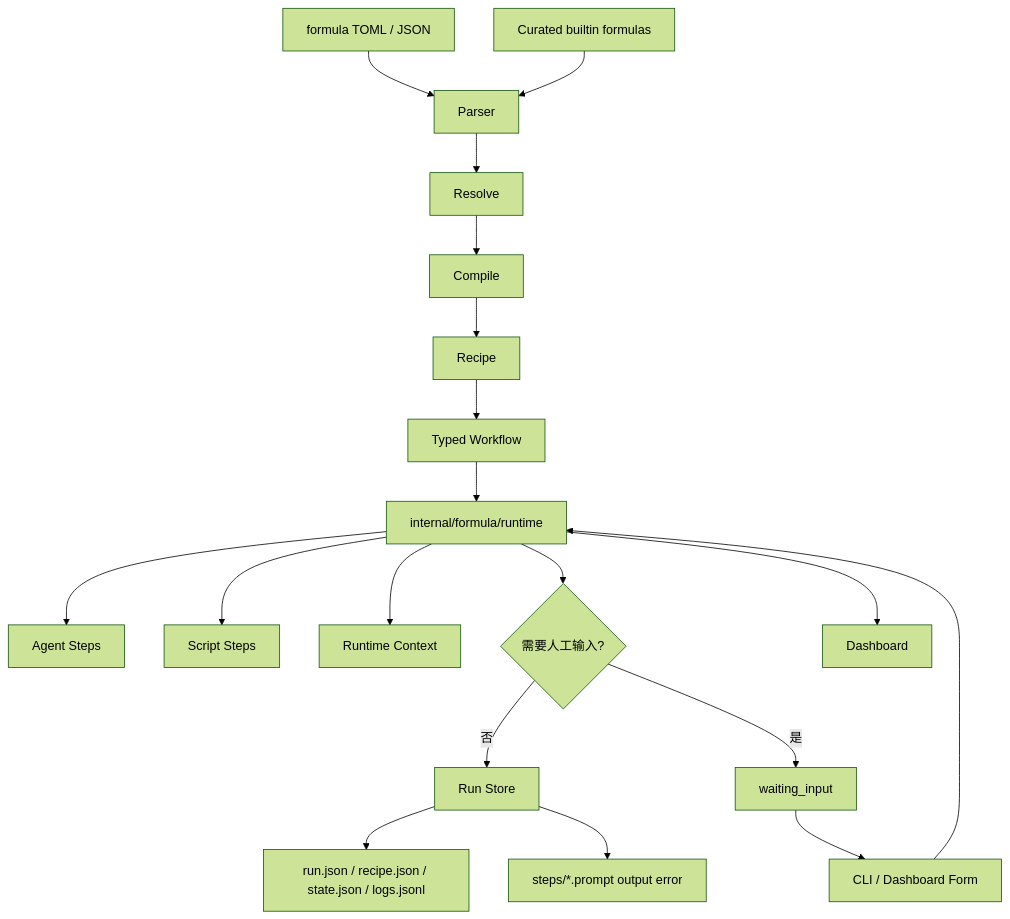
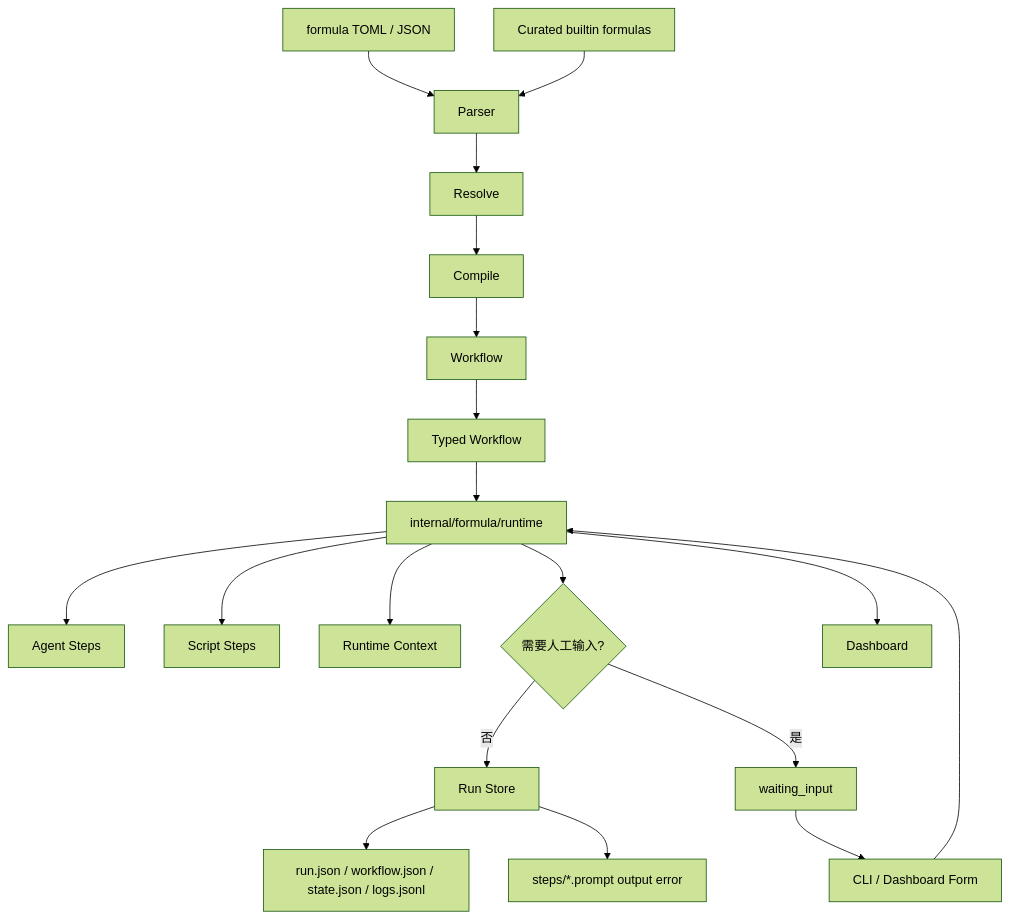
Before and after one commit to sjzsdu/tt: the first of 8 diagrams in ai-docs/formula-system.md, drawn with Mermaid (forest theme). The commit also changed other lines of this file and 19 other files, not shown here.

````diff
--- a/ai-docs/formula-system.md
+++ b/ai-docs/formula-system.md
@@ -13,21 +13,21 @@
 ```mermaid
 flowchart TD
     A[formula TOML / JSON] --> B[Parser]
     A0[Curated builtin formulas] --> B
     B --> C[Resolve]
     C --> D[Compile]
-    D --> E[Recipe]
+    D --> E[Workflow]
     E --> W[Typed Workflow]
     W --> F[internal/formula/runtime]
     F --> G[Agent Steps]
     F --> H[Script Steps]
     F --> I[Runtime Context]
     F --> X{需要人工输入?}
     X -->|否| J[Run Store]
     X -->|是| Y[waiting_input]
     Y --> Z[CLI / Dashboard Form]
     Z --> F
-    J --> K[run.json / recipe.json / state.json / logs.jsonl]
+    J --> K[run.json / workflow.json / state.json / logs.jsonl]
     J --> L[steps/*.prompt output error]
     F --> M[Dashboard]
 ```
````
